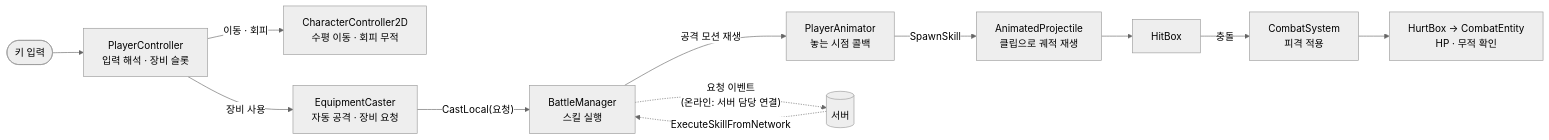
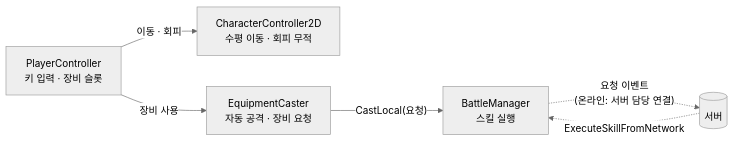
One commit to Gryphon34/portfolio-template changed the first of 7 diagrams in src/1-yggdrasil/기술문서.md. Above: the diagram before and after it, drawn with Mermaid. The commit also changed other lines of this file and 25 other files, not shown here.

````diff
--- a/src/1-yggdrasil/기술문서.md
+++ b/src/1-yggdrasil/기술문서.md
@@ -143,15 +143,9 @@
 ```mermaid
 %%{init: {'theme':'neutral'}}%%
 flowchart LR
-    Input([키 입력]) --> PC["PlayerController<br/>입력 해석 · 장비 슬롯"]
-    PC -->|이동 · 회피| CC["CharacterController2D<br/>수평 이동 · 회피 무적"]
+    PC["PlayerController<br/>키 입력 · 장비 슬롯"] -->|이동 · 회피| CC["CharacterController2D<br/>수평 이동 · 회피 무적"]
     PC -->|장비 사용| EC["EquipmentCaster<br/>자동 공격 · 장비 요청"]
     EC -->|"CastLocal(요청)"| BM["BattleManager<br/>스킬 실행"]
-    BM -->|공격 모션 재생| PA["PlayerAnimator<br/>놓는 시점 콜백"]
-    PA -->|SpawnSkill| AP["AnimatedProjectile<br/>클립으로 궤적 재생"]
-    AP --> HB["HitBox"] -->|충돌| CS["CombatSystem<br/>피격 적용"]
-    CS --> HU["HurtBox → CombatEntity<br/>HP · 무적 확인"]
-
     BM -. "요청 이벤트<br/>(온라인: 서버 담당 연결)" .-> Net[(서버)]
     Net -. "ExecuteSkillFromNetwork" .-> BM
 ```
````
